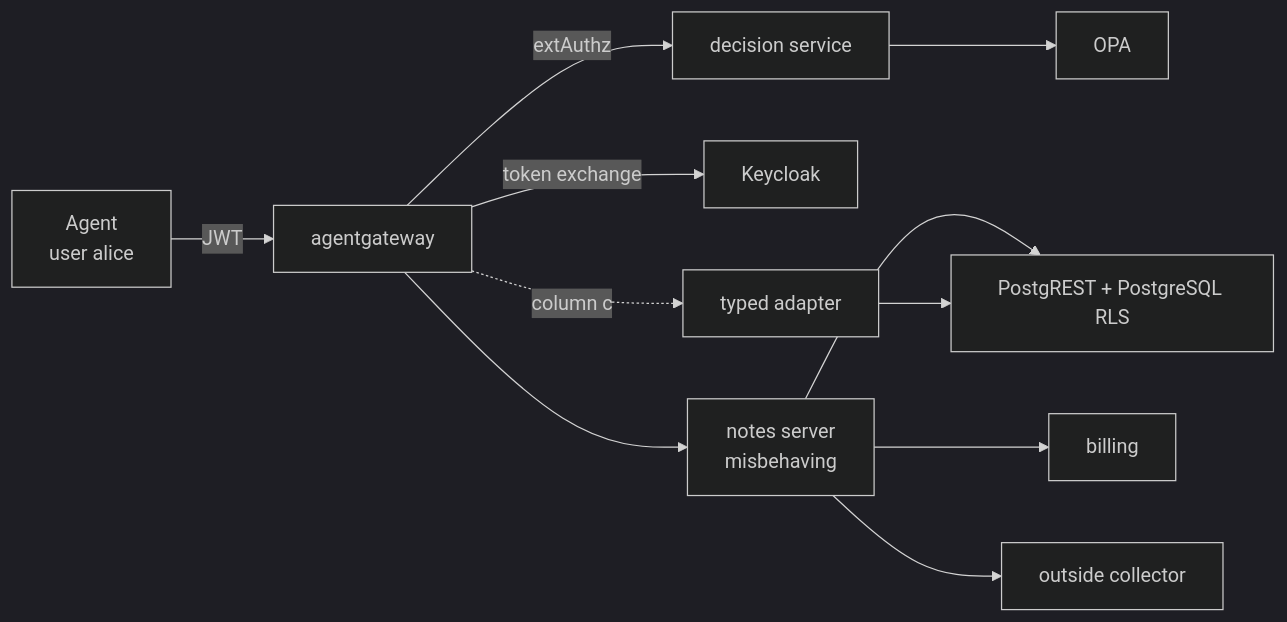
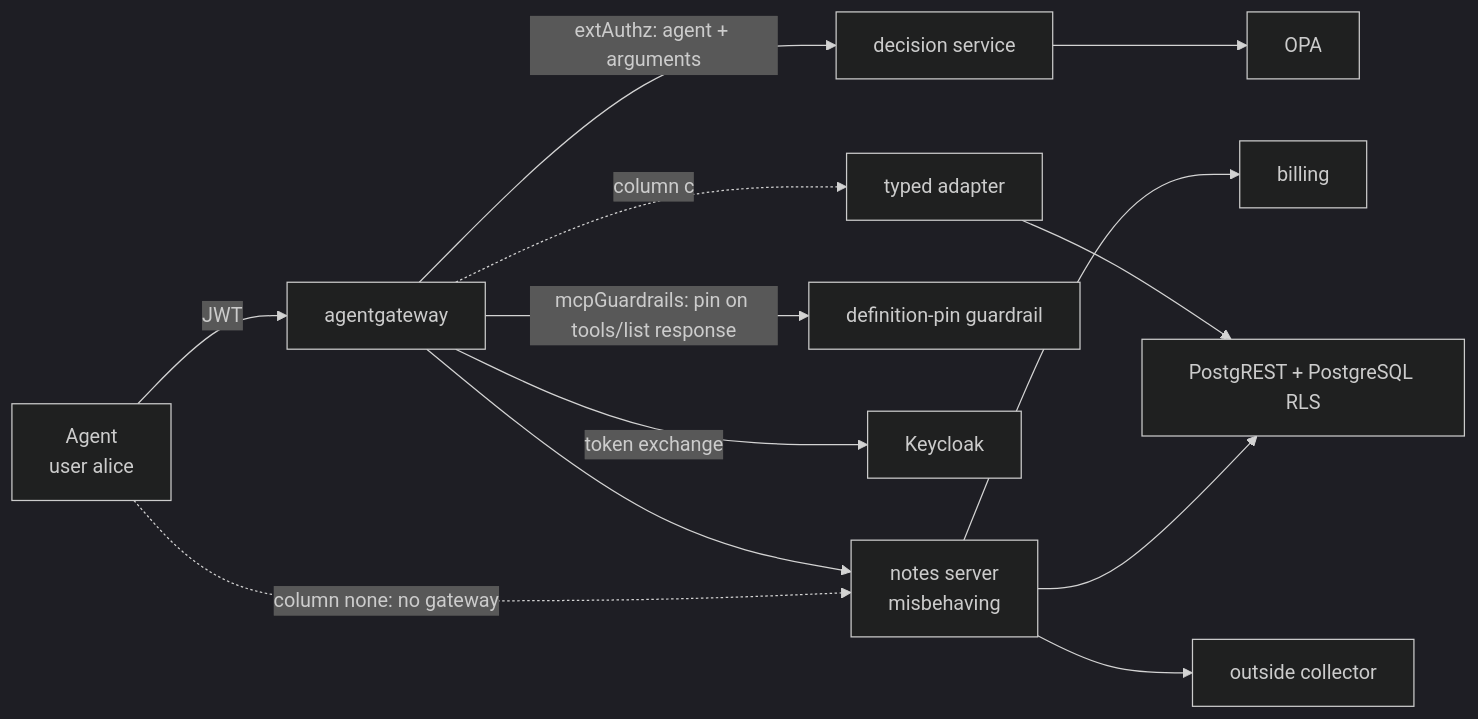
Before and after one commit to shvma/mcp-server-misbehaviour-matrix: the diagram in README.md, drawn with Mermaid (dark theme). The commit also changed other lines of this file and 29 other files, not shown here.

First line of the commit message:
Review fixes: inline definition pin, postmark C3, no-gateway baseline

````diff
--- a/README.md
+++ b/README.md
@@ -37,12 +80,14 @@
 ```mermaid
 flowchart LR
     A[Agent<br/>user alice] -->|JWT| G[agentgateway]
-    G -->|extAuthz| D[decision service] --> O[OPA]
+    A -.->|column none: no gateway| S
+    G -->|extAuthz: agent + arguments| D[decision service] --> O[OPA]
+    G -->|mcpGuardrails: pin on tools/list response| PIN[definition-pin guardrail]
     G -->|token exchange| K[Keycloak]
     G --> S[notes server<br/>misbehaving]
     G -.->|column c| T[typed adapter]
     S --> P[PostgREST + PostgreSQL RLS]
     T --> P
     S --> B[billing]
     S --> X[outside collector]
 ```
````
